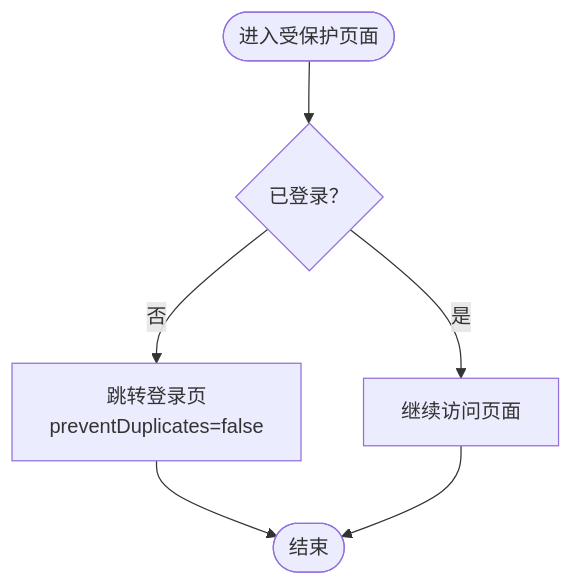
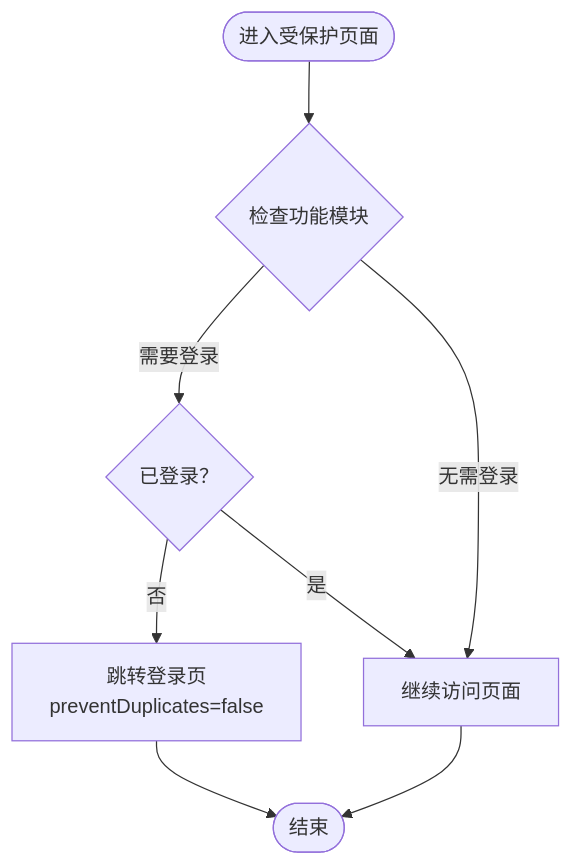
One commit to justLXX/pilipala changed the sixth of 11 diagrams in .qoder/repowiki/zh/content/核心模块/路由系统.md. Above: the diagram before and after it, drawn with Mermaid. The commit also changed other lines of this file and 194 other files, not shown here.

````diff
--- a/.qoder/repowiki/zh/content/核心模块/路由系统.md
+++ b/.qoder/repowiki/zh/content/核心模块/路由系统.md
@@ -211,8 +265,10 @@
 ```mermaid
 flowchart TD
-Enter(["进入受保护页面"]) --> CheckLogin{"已登录？"}
+Enter(["进入受保护页面"]) --> ModuleCheck{"检查功能模块"}
+ModuleCheck --> |需要登录| CheckLogin{"已登录？"}
+ModuleCheck --> |无需登录| Proceed["继续访问页面"]
 CheckLogin --> |否| ToLogin["跳转登录页<br/>preventDuplicates=false"]
-CheckLogin --> |是| Proceed["继续访问页面"]
+CheckLogin --> |是| Proceed
 ToLogin --> End(["结束"])
 Proceed --> End
 ```
````
